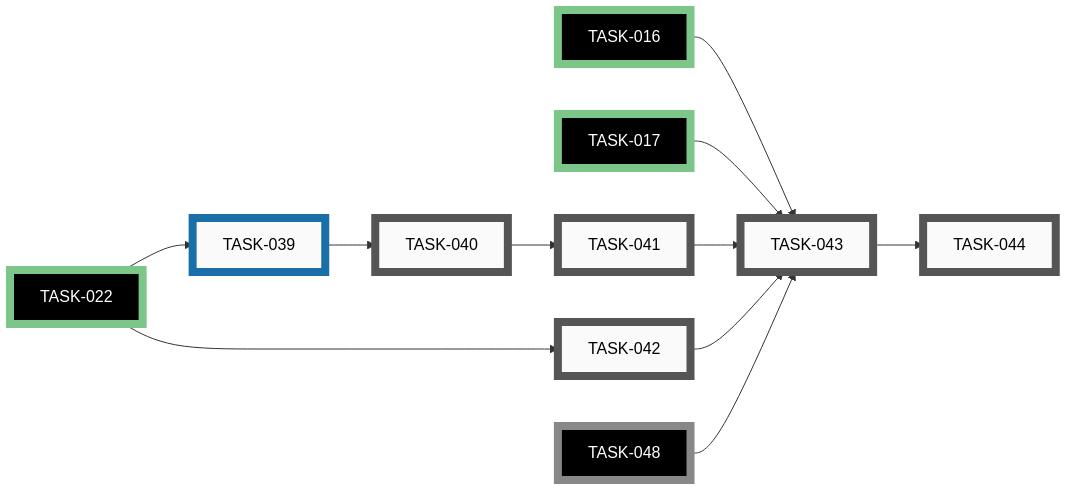
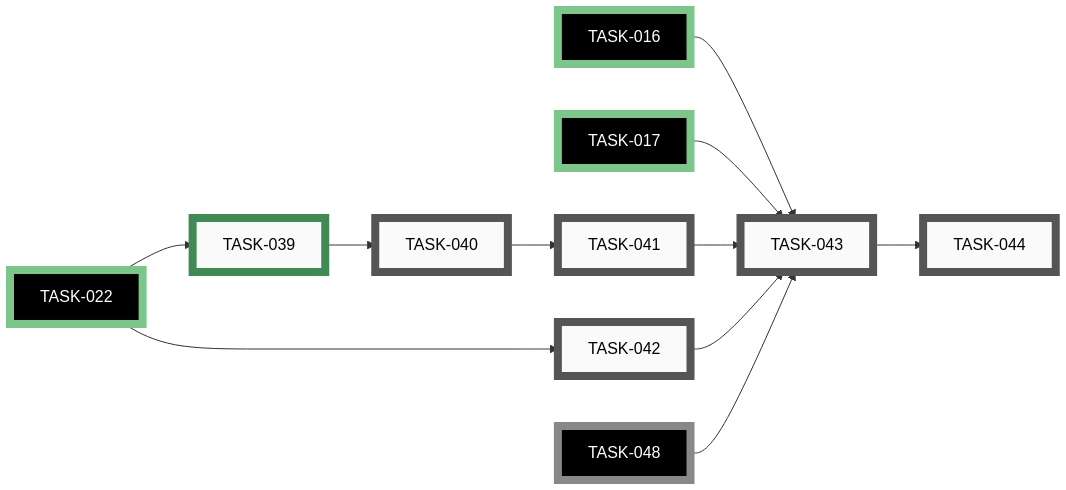
The sixth of 9 diagrams in docs/developers/tasks/EPICS.md (tgd1975/PartsLedger), drawn with Mermaid before and after one commit. The commit also changed other lines of this file and 3 other files, not shown here.

Commit message:
close TASK-039: Implement src/partsledger/recognition/embed.py — DINOv2-ViT-S/14 via torch.hub

````diff
--- a/docs/developers/tasks/EPICS.md
+++ b/docs/developers/tasks/EPICS.md
@@ -302,41 +302,41 @@
 ```mermaid
 graph LR
     TASK_040["TASK-040"]:::open
     TASK_041["TASK-041"]:::open
     TASK_042["TASK-042"]:::open
     TASK_043["TASK-043"]:::open
     TASK_044["TASK-044"]:::open
-    TASK_039["TASK-039"]:::active
+    TASK_039["TASK-039"]:::closed
     TASK_016["TASK-016"]:::closedExt
     TASK_017["TASK-017"]:::closedExt
     TASK_022["TASK-022"]:::closedExt
     TASK_048["TASK-048"]:::openExt
     TASK_039 --> TASK_040
     TASK_040 --> TASK_041
     TASK_022 --> TASK_042
     TASK_016 --> TASK_043
     TASK_017 --> TASK_043
     TASK_041 --> TASK_043
     TASK_042 --> TASK_043
     TASK_048 --> TASK_043
     TASK_043 --> TASK_044
     TASK_022 --> TASK_039
     click TASK_040 "open/task-040-recognition-cache-module.md"
     click TASK_041 "open/task-041-cache-only-banded-recognition.md"
     click TASK_042 "open/task-042-vlm-adapter.md"
     click TASK_043 "open/task-043-recognition-pipeline-glue.md"
     click TASK_044 "open/task-044-undo-journal.md"
-    click TASK_039 "active/task-039-recognition-embed-module.md"
+    click TASK_039 "closed/task-039-recognition-embed-module.md"
     click TASK_016 "closed/task-016-inventory-writer-module.md"
     click TASK_017 "closed/task-017-inventory-lint-module.md"
     click TASK_022 "closed/task-022-adopt-src-layout.md"
     click TASK_048 "open/task-048-enrichment-orchestrator.md"
     classDef open    fill:#FAFAFA,stroke:#555,stroke-width:8px,color:#000
     classDef active  fill:#FAFAFA,stroke:#1A6FA8,stroke-width:8px,color:#000
     classDef closed  fill:#FAFAFA,stroke:#3F8B53,stroke-width:8px,color:#000
     classDef paused  fill:#FAFAFA,stroke:#B07810,stroke-width:8px,color:#000
     classDef openExt    fill:#000,stroke:#888,stroke-width:8px,color:#FFF
     classDef activeExt  fill:#000,stroke:#3FA9F5,stroke-width:8px,color:#FFF
     classDef closedExt  fill:#000,stroke:#7CC68A,stroke-width:8px,color:#FFF
     classDef pausedExt  fill:#000,stroke:#F0B030,stroke-width:8px,color:#FFF
 ```
````
